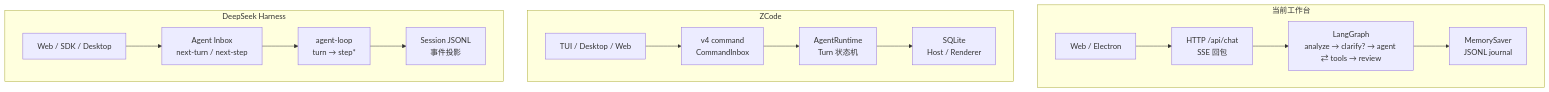
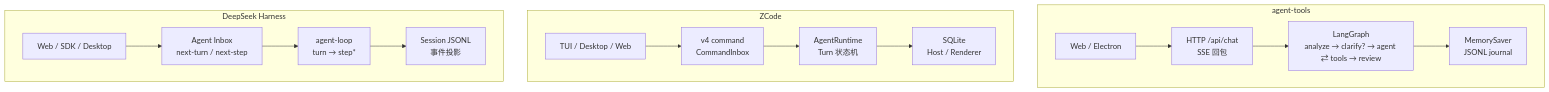
Before and after one commit to AIR-DUSTER1/agent-atlas: the first of 3 diagrams in docs/agent-orchestration-vs-zcode.md, drawn with Mermaid. The commit also changed other lines of this file and 42 other files, not shown here.

Commit message:
统一 agent-tools 产品标识与能力路线

````diff
--- a/docs/agent-orchestration-vs-zcode.md
+++ b/docs/agent-orchestration-vs-zcode.md
@@ -30,23 +30,23 @@
 ```mermaid
 flowchart TB
-  subgraph CUR["当前工作台"]
+  subgraph CUR["agent-tools"]
     direction LR
     C1["Web / Electron"] --> C2["HTTP /api/chat<br/>SSE 回包"]
     C2 --> C3["LangGraph<br/>analyze → clarify? → agent ⇄ tools → review"]
     C3 --> C4["MemorySaver<br/>JSONL journal"]
   end
 
   subgraph ZC["ZCode"]
     direction LR
     Z1["TUI / Desktop / Web"] --> Z2["v4 command<br/>CommandInbox"]
     Z2 --> Z3["AgentRuntime<br/>Turn 状态机"]
     Z3 --> Z4["SQLite<br/>Host / Renderer"]
   end
 
   subgraph DSH["DeepSeek Harness"]
     direction LR
     D1["Web / SDK / Desktop"] --> D2["Agent Inbox<br/>next-turn / next-step"]
     D2 --> D3["agent-loop<br/>turn → step*"]
     D3 --> D4["Session JSONL<br/>事件投影"]
   end
 ```
````
